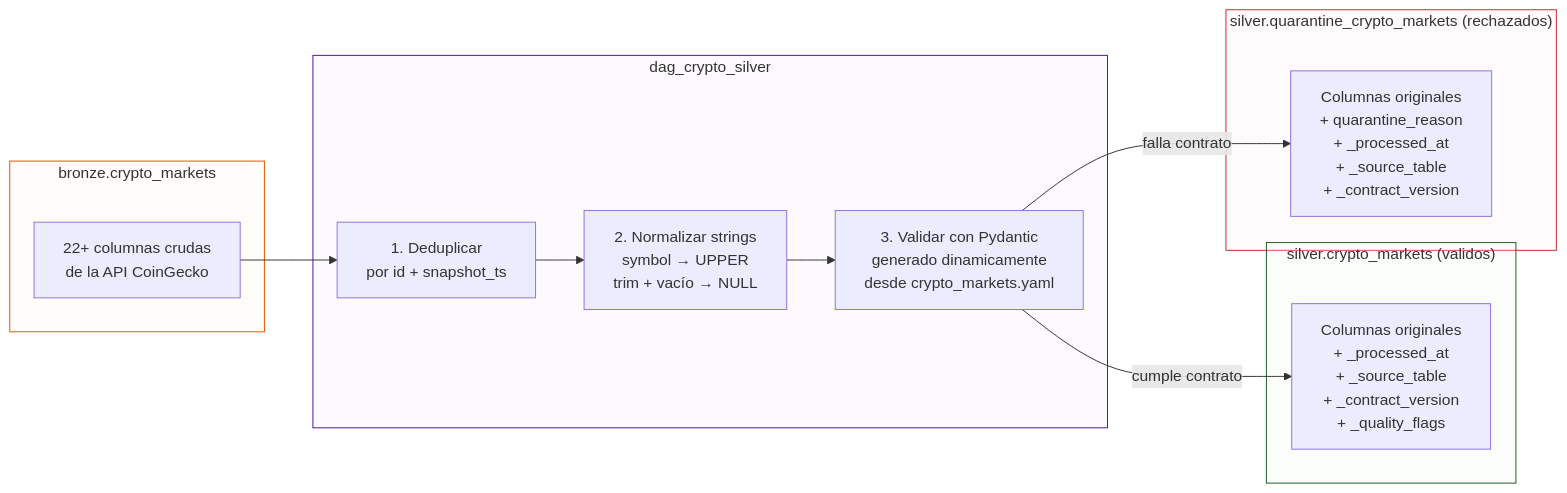
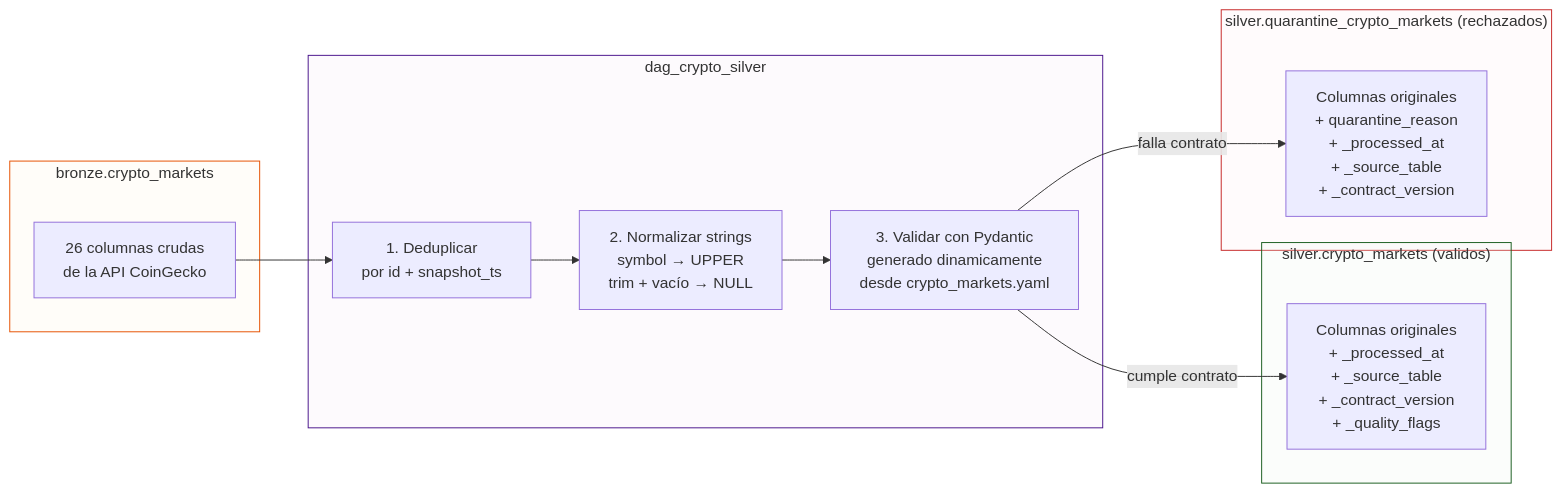
One commit to juansokil/LCD-InfraCienciaDatos changed the second of 2 diagrams in clase04/README.md. Above: the diagram before and after it, drawn with Mermaid. The commit also changed 4 other files, not shown here.

````diff
--- a/clase04/README.md
+++ b/clase04/README.md
@@ -38,30 +38,30 @@
 ```mermaid
 %%{init: {"flowchart": {"subGraphTitleMargin": {"top": 0, "bottom": 28}}}}%%
 graph LR
     subgraph BR["bronze.crypto_markets"]
-        B[22+ columnas crudas<br/>de la API CoinGecko]
+        B[26 columnas crudas<br/>de la API CoinGecko]
     end
 
     subgraph PIPE["dag_crypto_silver"]
         P1[1. Deduplicar<br/>por id + snapshot_ts]
         P2[2. Normalizar strings<br/>symbol → UPPER<br/>trim + vacío → NULL]
         P3[3. Validar con Pydantic<br/>generado dinamicamente<br/>desde crypto_markets.yaml]
     end
 
     subgraph SV["silver.crypto_markets (validos)"]
         SVOK[Columnas originales<br/>+ _processed_at<br/>+ _source_table<br/>+ _contract_version<br/>+ _quality_flags]
     end
 
     subgraph SQ["silver.quarantine_crypto_markets (rechazados)"]
         SQNG[Columnas originales<br/>+ quarantine_reason<br/>+ _processed_at<br/>+ _source_table<br/>+ _contract_version]
     end
 
     B --> P1 --> P2 --> P3
     P3 -->|cumple contrato| SVOK
     P3 -->|falla contrato| SQNG
 
     style BR fill:#fff3e033,stroke:#e65100
     style PIPE fill:#f3e5f533,stroke:#4a148c
     style SV fill:#e8f5e933,stroke:#1b5e20
     style SQ fill:#ffebee33,stroke:#c62828
 ```
````
